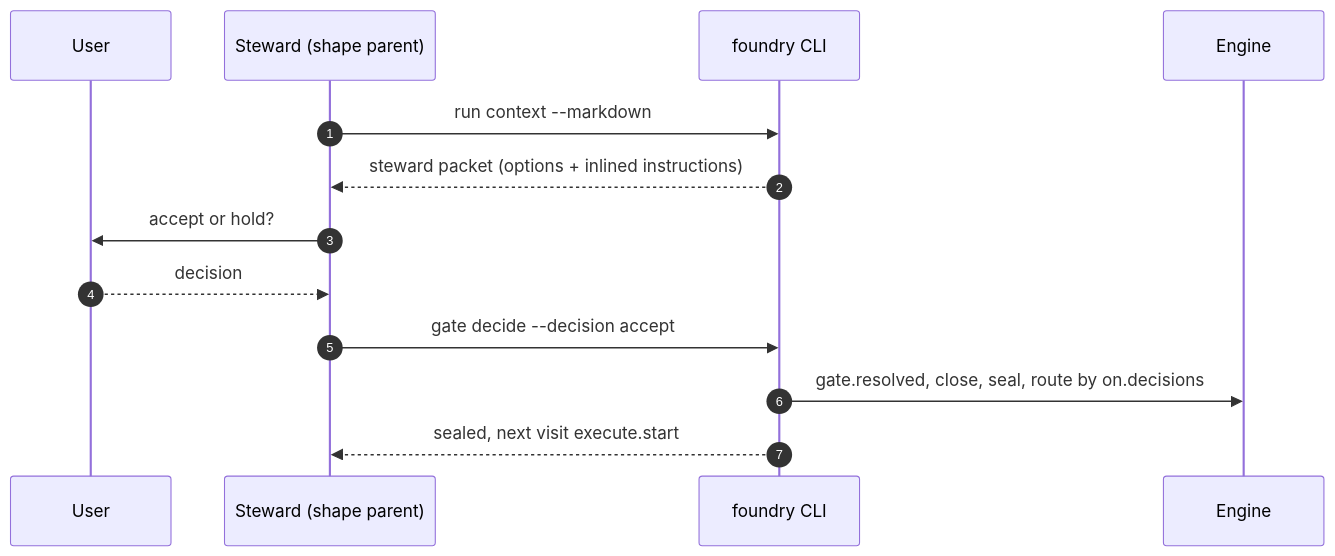
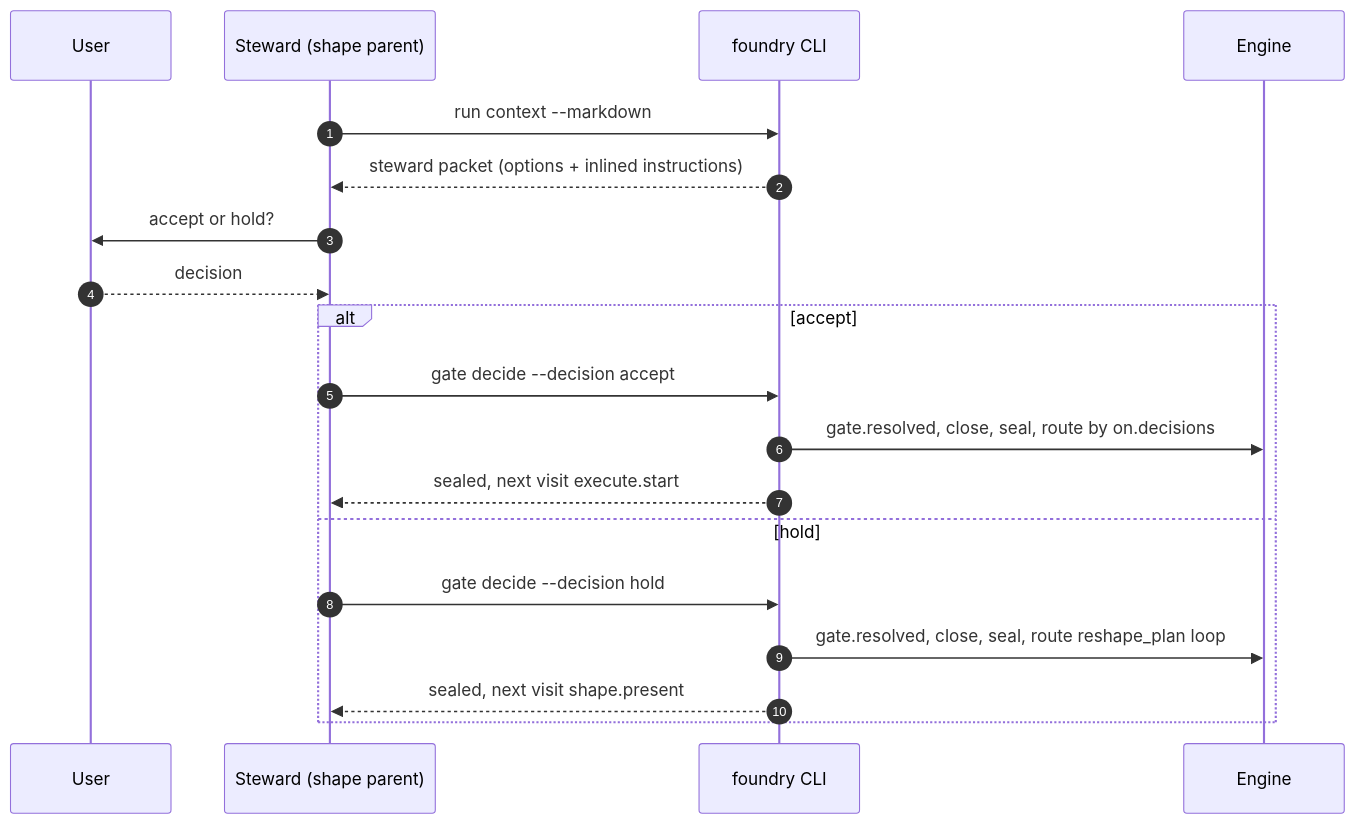
Before and after one commit to burtlo/foundry: the second of 2 diagrams in docs/nodes/shape.record.gate.md, drawn with Mermaid. The commit also changed other lines of this file and 22 other files, not shown here.

````diff
--- a/docs/nodes/shape.record.gate.md
+++ b/docs/nodes/shape.record.gate.md
@@ -66,17 +66,23 @@
 ```mermaid
 sequenceDiagram
   autonumber
   participant U as User
   participant S as Steward (shape parent)
   participant CLI as foundry CLI
   participant E as Engine
 
   S->>CLI: run context --markdown
   CLI-->>S: steward packet (options + inlined instructions)
 
   S->>U: accept or hold?
   U-->>S: decision
-  S->>CLI: gate decide --decision accept
-  CLI->>E: gate.resolved, close, seal, route by on.decisions
-  CLI-->>S: sealed, next visit execute.start
+  alt accept
+    S->>CLI: gate decide --decision accept
+    CLI->>E: gate.resolved, close, seal, route by on.decisions
+    CLI-->>S: sealed, next visit execute.start
+  else hold
+    S->>CLI: gate decide --decision hold
+    CLI->>E: gate.resolved, close, seal, route reshape_plan loop
+    CLI-->>S: sealed, next visit shape.present
+  end
 ```
````
